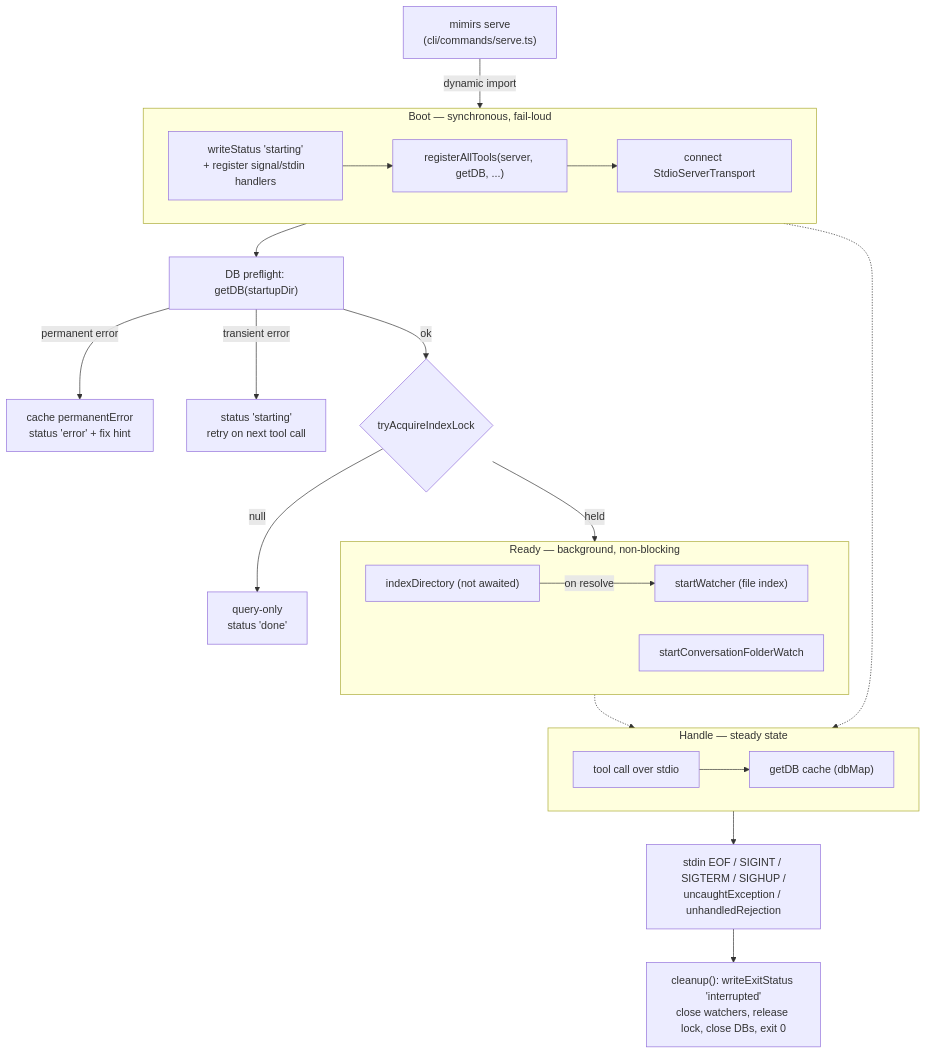
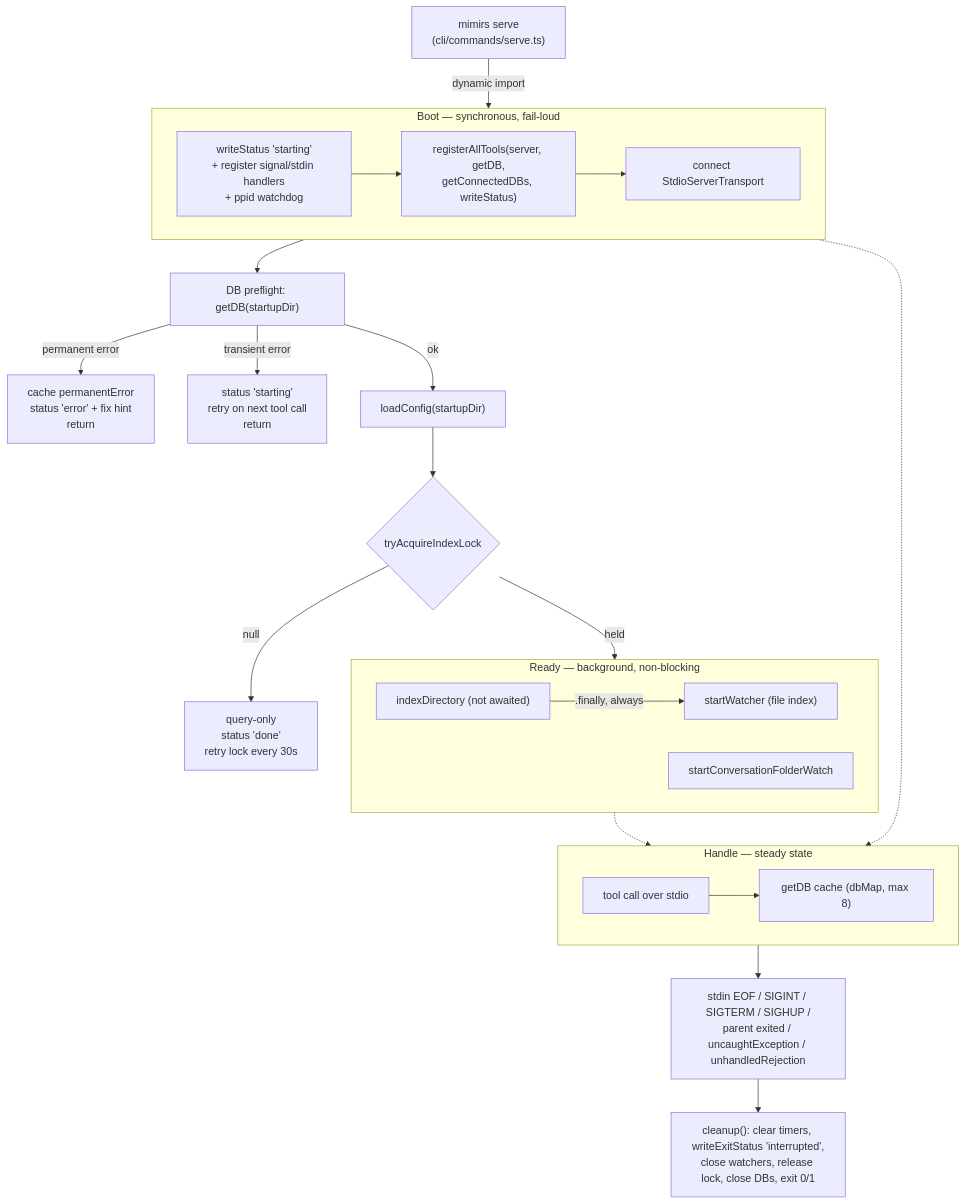
Before and after one commit to TheWinci/mimirs: the diagram in wiki/runtime-lifecycle.md, drawn with Mermaid. The commit also changed other lines of this file and 58 other files, not shown here.

````diff
--- a/wiki/runtime-lifecycle.md
+++ b/wiki/runtime-lifecycle.md
@@ -7,36 +7,37 @@
 ```mermaid
 flowchart TD
-    serve["mimirs serve<br>(cli/commands/serve.ts)"] -->|dynamic import| boot
+    serveCmd["mimirs serve<br>(cli/commands/serve.ts)"] -->|dynamic import| boot
 
     subgraph boot["Boot — synchronous, fail-loud"]
-      st["writeStatus 'starting'<br>+ register signal/stdin handlers"]
-      reg["registerAllTools(server, getDB, ...)"]
+      st["writeStatus 'starting'<br>+ register signal/stdin handlers<br>+ ppid watchdog"]
+      reg["registerAllTools(server, getDB,<br>getConnectedDBs, writeStatus)"]
       tx["connect StdioServerTransport"]
       st --> reg --> tx
     end
 
     boot --> pre["DB preflight: getDB(startupDir)"]
-    pre -->|permanent error| perr["cache permanentError<br>status 'error' + fix hint"]
-    pre -->|transient error| tret["status 'starting'<br>retry on next tool call"]
-    pre -->|ok| lockcheck
+    pre -->|permanent error| perr["cache permanentError<br>status 'error' + fix hint<br>return"]
+    pre -->|transient error| tret["status 'starting'<br>retry on next tool call<br>return"]
+    pre -->|ok| cfg["loadConfig(startupDir)"]
 
-    lockcheck{"tryAcquireIndexLock"} -->|null| qonly["query-only<br>status 'done'"]
+    cfg --> lockcheck{"tryAcquireIndexLock"}
+    lockcheck -->|null| qonly["query-only<br>status 'done'<br>retry lock every 30s"]
     lockcheck -->|held| bg
 
     subgraph bg["Ready — background, non-blocking"]
       idx["indexDirectory (not awaited)"]
       fw["startWatcher (file index)"]
       cw["startConversationFolderWatch"]
-      idx -->|on resolve| fw
+      idx -->|.finally, always| fw
     end
 
     subgraph handle["Handle — steady state"]
-      tool["tool call over stdio"] --> cache["getDB cache (dbMap)"]
+      tool["tool call over stdio"] --> cache["getDB cache (dbMap, max 8)"]
     end
 
     boot -.-> handle
     bg -.-> handle
 
-    handle --> shut["stdin EOF / SIGINT / SIGTERM / SIGHUP /<br>uncaughtException / unhandledRejection"]
-    shut --> cu["cleanup(): writeExitStatus 'interrupted'<br>close watchers, release lock, close DBs, exit 0"]
+    handle --> shut["stdin EOF / SIGINT / SIGTERM / SIGHUP /<br>parent exited / uncaughtException / unhandledRejection"]
+    shut --> cu["cleanup(): clear timers, writeExitStatus 'interrupted',<br>close watchers, release lock, close DBs, exit 0/1"]
 ```
````
